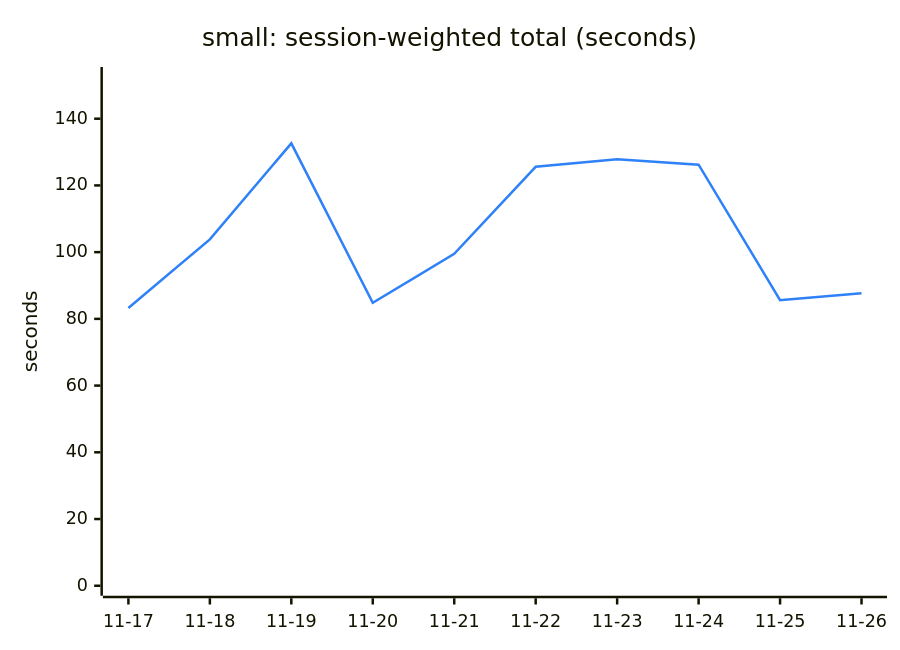
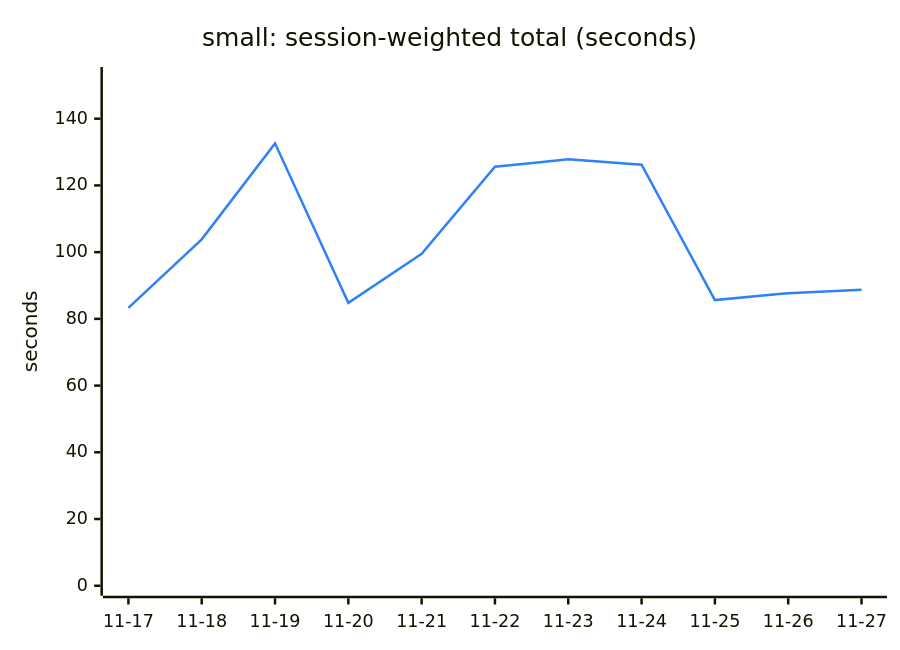
One commit to Ricovl/mxcli changed the first of 6 diagrams in TREND.md. Above: the diagram before and after it, drawn with Mermaid. The commit also changed other lines of this file and 2 other files, not shown here.

````diff
--- a/TREND.md
+++ b/TREND.md
@@ -13,13 +13,13 @@
 ```mermaid
 ---
 config:
   themeVariables:
     xyChart:
       plotColorPalette: "#2f81f7"
 ---
 xychart-beta
     title "small: session-weighted total (seconds)"
-    x-axis ["11-17", "11-18", "11-19", "11-20", "11-21", "11-22", "11-23", "11-24", "11-25", "11-26"]
+    x-axis ["11-17", "11-18", "11-19", "11-20", "11-21", "11-22", "11-23", "11-24", "11-25", "11-26", "11-27"]
     y-axis "seconds" 0 --> 152.50
-    line [83.27, 103.84, 132.61, 84.80, 99.49, 125.58, 127.85, 126.22, 85.63, 87.70]
+    line [83.27, 103.84, 132.61, 84.80, 99.49, 125.58, 127.85, 126.22, 85.63, 87.70, 88.70]
 ```
````
